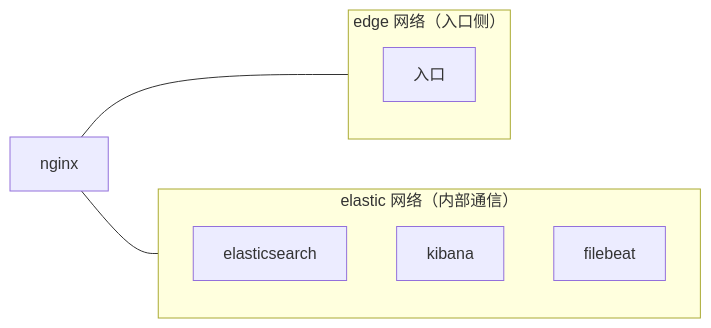
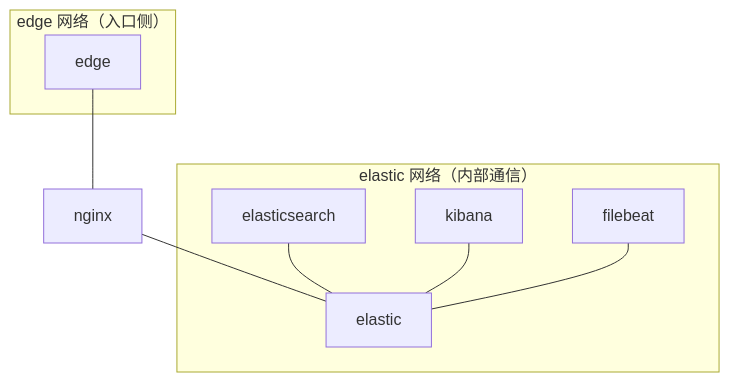
One commit to hwang-protocol/docker_k8s_2026 changed the fourth of 6 diagrams in docker/docker_6_compose/03_compose_tls_elk_lab.md. Above: the diagram before and after it, drawn with Mermaid. The commit also changed other lines of this file, not shown here.

Commit message:
Enhance Docker Compose TLS lab documentation by adding external access instructions for Windows clients, clarifying service dependencies, and improving explanations of environment variable usage. Update diagrams for better representation of service relationships and network configurations.

````diff
--- a/docker/docker_6_compose/03_compose_tls_elk_lab.md
+++ b/docker/docker_6_compose/03_compose_tls_elk_lab.md
@@ -478,15 +479,21 @@
 ```mermaid
-flowchart LR
+flowchart TD
   subgraph edge["edge 网络（入口侧）"]
-    Ingress[入口]
+    EdgeNet[edge]
   end
 
+  Nginx[nginx]
+
   subgraph elastic["elastic 网络（内部通信）"]
+    ElasticNet[elastic]
     ES[elasticsearch]
     Kibana[kibana]
     Filebeat[filebeat]
   end
 
-  Nginx[nginx] --- edge
-  Nginx --- elastic
+  EdgeNet --- Nginx
+  Nginx --- ElasticNet
+  ES --- ElasticNet
+  Kibana --- ElasticNet
+  Filebeat --- ElasticNet
 ```
````
